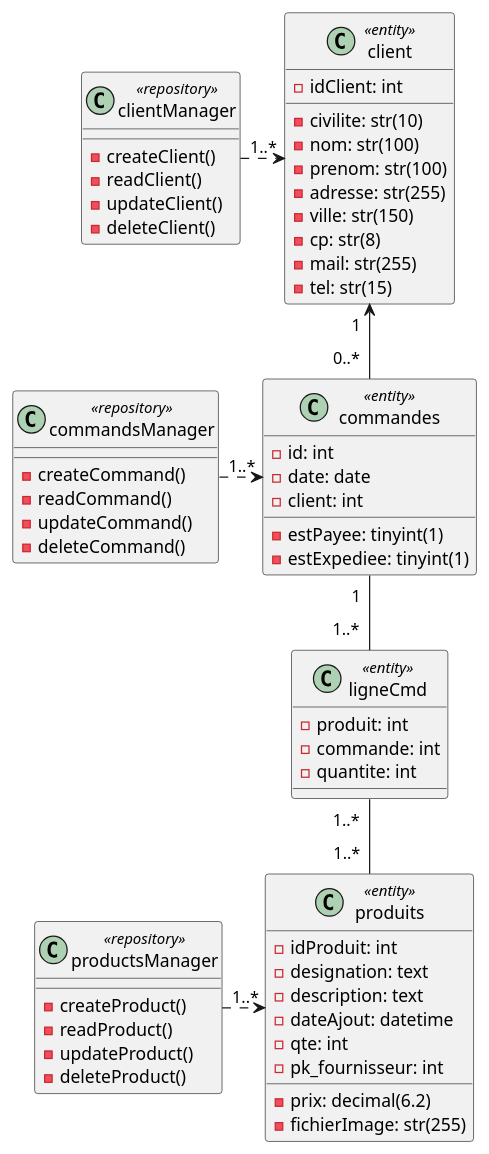
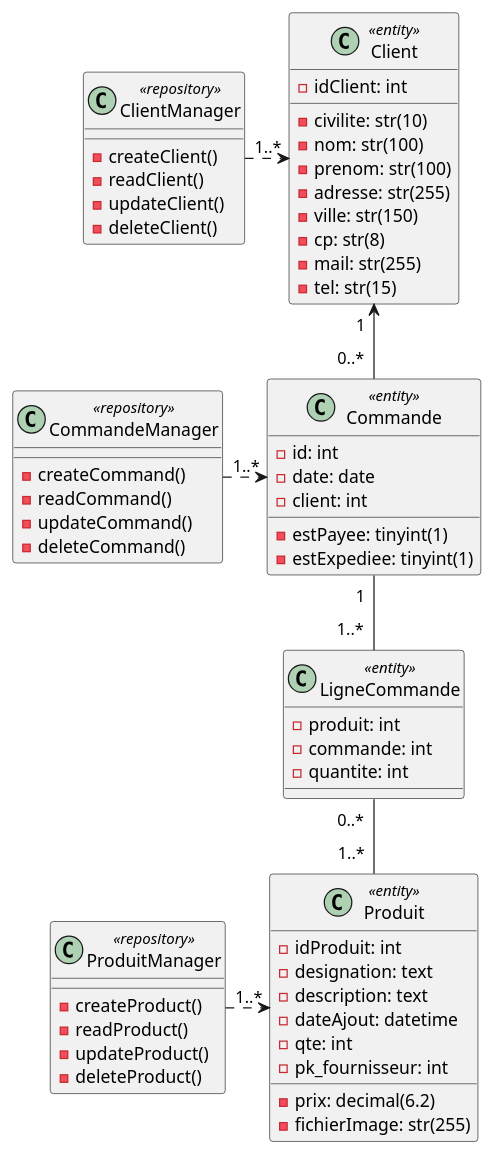
One commit to NathanDMT/CS-Project changed the diagram in Diagram.puml. Above: the diagram before and after it, drawn with PlantUML. The commit also changed 18 other files, not shown here.

```diff
--- a/Diagram.puml
+++ b/Diagram.puml
@@ -1,68 +1,68 @@
 @startuml
-class client <<entity>> {
+class Client <<entity>> {
     - idClient: int
     - civilite: str(10)
     - nom: str(100)
     - prenom: str(100)
     - adresse: str(255)
     - ville: str(150)
     - cp: str(8)
     - mail: str(255)
     - tel: str(15)
 }
 
-class clientManager <<repository>> {
+class ClientManager <<repository>> {
     - createClient()
     - readClient()
     - updateClient()
     - deleteClient()
 }
 
-class commandes <<entity>> {
+class Commande <<entity>> {
     - id: int
     - date: date
     - estPayee: tinyint(1)
     - estExpediee: tinyint(1)
     - client: int
 }
 
-class commandsManager <<repository>> {
+class CommandeManager <<repository>> {
     - createCommand()
     - readCommand()
     - updateCommand()
     - deleteCommand()
 }
 
-class ligneCmd <<entity>> {
+class LigneCommande <<entity>> {
     - produit: int
     - commande: int
     - quantite: int
 }
 
-class produits <<entity>> {
+class Produit <<entity>> {
     - idProduit: int
     - designation: text
     - description: text
     - dateAjout: datetime
     - qte: int
     - prix: decimal(6.2)
     - fichierImage: str(255)
     - pk_fournisseur: int
 }
 
-class productsManager <<repository>> {
+class ProduitManager <<repository>> {
     - createProduct()
     - readProduct()
     - updateProduct()
     - deleteProduct()
 }
 
-client "1  " <-- "0..*  " commandes
-commandes "1  " -- "1..*  " ligneCmd
-ligneCmd "1..*  " -- "1..*  " produits
+Client "1  " <-- "0..*  " Commande
+Commande "1  " -- "1..*  " LigneCommande
+LigneCommande "0..*  " -- "1..*  " Produit
 
-clientManager "1..*" .> client
-commandsManager "1..*" .> commandes
-productsManager "1..*" .> produits
+ClientManager "1..*" .> Client
+CommandeManager "1..*" .> Commande
+ProduitManager "1..*" .> Produit
 
 @enduml
```
